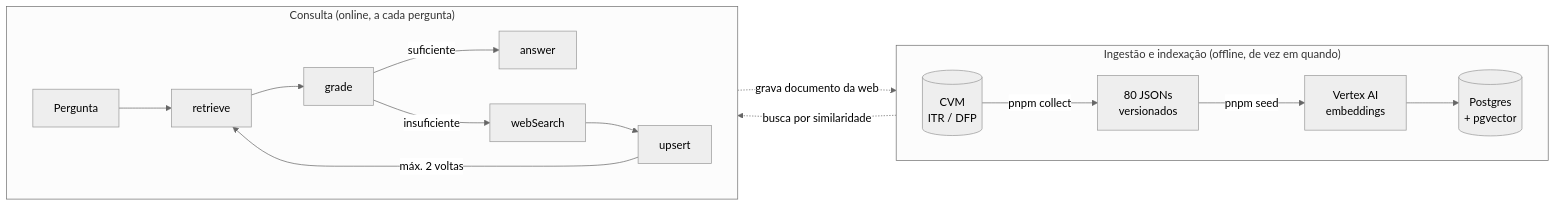
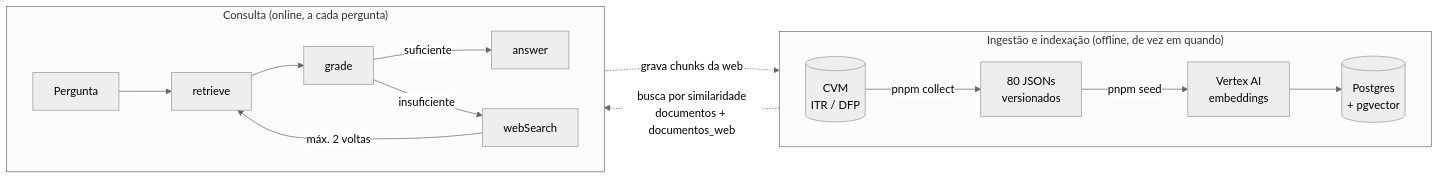
The first of 3 diagrams in docs/rag-fluxo.md (igordeth/ai-researcher), drawn with Mermaid (neutral theme) before and after one commit. The commit also changed other lines of this file, not shown here.

Commit message:
Atualiza a documentação do RAG com o nó webSearch implementado

````diff
--- a/docs/rag-fluxo.md
+++ b/docs/rag-fluxo.md
@@ -46,22 +46,21 @@
 ```mermaid
 flowchart LR
   subgraph OFF["Ingestão e indexação (offline, de vez em quando)"]
     direction LR
     CVM[(CVM<br/>ITR / DFP)] -->|pnpm collect| JSON[80 JSONs<br/>versionados]
     JSON -->|pnpm seed| EMB[Vertex AI<br/>embeddings]
     EMB --> PG[(Postgres<br/>+ pgvector)]
   end
 
   subgraph ON["Consulta (online, a cada pergunta)"]
     direction LR
     Q[Pergunta] --> R[retrieve]
     R --> G[grade]
     G -->|suficiente| A[answer]
     G -->|insuficiente| W[webSearch]
-    W --> U[upsert]
-    U -->|máx. 2 voltas| R
+    W -->|máx. 2 voltas| R
   end
 
-  PG -.->|busca por similaridade| R
-  U -.->|grava documento da web| PG
+  PG -.->|busca por similaridade<br/>documentos + documentos_web| R
+  W -.->|grava chunks da web| PG
 ```
````
